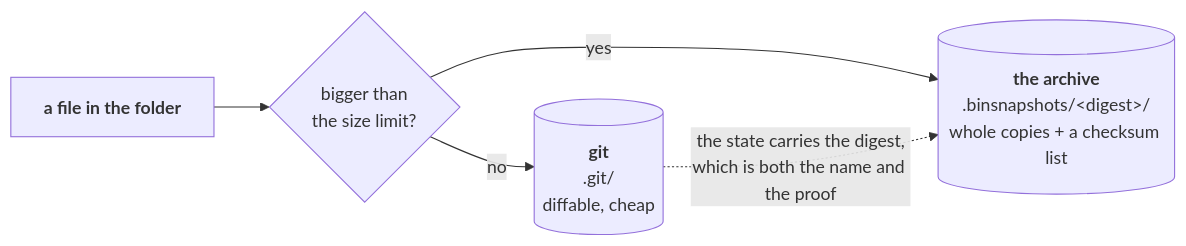
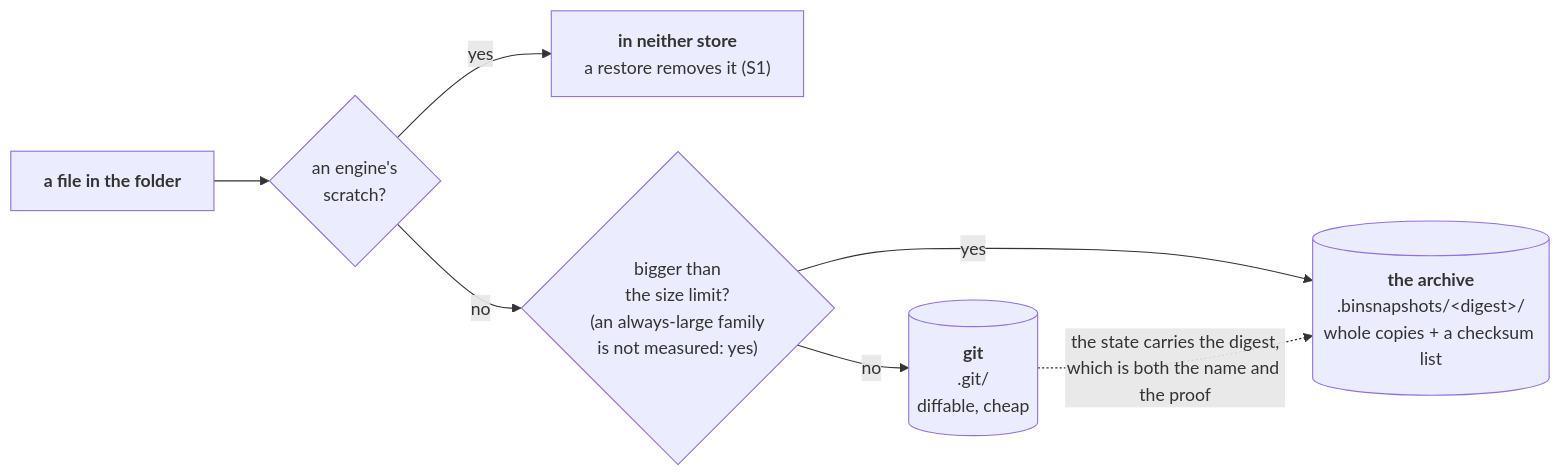
The first of 4 diagrams in docs/execution/checkpointing.md (Qing-LAB/molbuilder), drawn with Mermaid before and after one commit. The commit also changed other lines of this file and 54 other files, not shown here.

````diff
--- a/docs/execution/checkpointing.md
+++ b/docs/execution/checkpointing.md
@@ -148,7 +152,9 @@
 ```mermaid
 flowchart LR
-    F["<b>a file in the folder</b>"] --> Q{"bigger than<br/>the size limit?"}
+    F["<b>a file in the folder</b>"] --> S{"an engine's<br/>scratch?"}
+    S -->|"yes"| N["<b>in neither store</b><br/>a restore removes it (S1)"]
+    S -->|"no"| Q{"bigger than<br/>the size limit?<br/>(an always-large family<br/>is not measured: yes)"}
     Q -->|"no"| G[("<b>git</b><br/>.git/<br/>diffable, cheap")]
     Q -->|"yes"| A[("<b>the archive</b><br/>.binsnapshots/&lt;digest&gt;/<br/>whole copies + a checksum list")]
     G -.->|"the state carries the digest,<br/>which is both the name and the proof"| A
 ```
````
